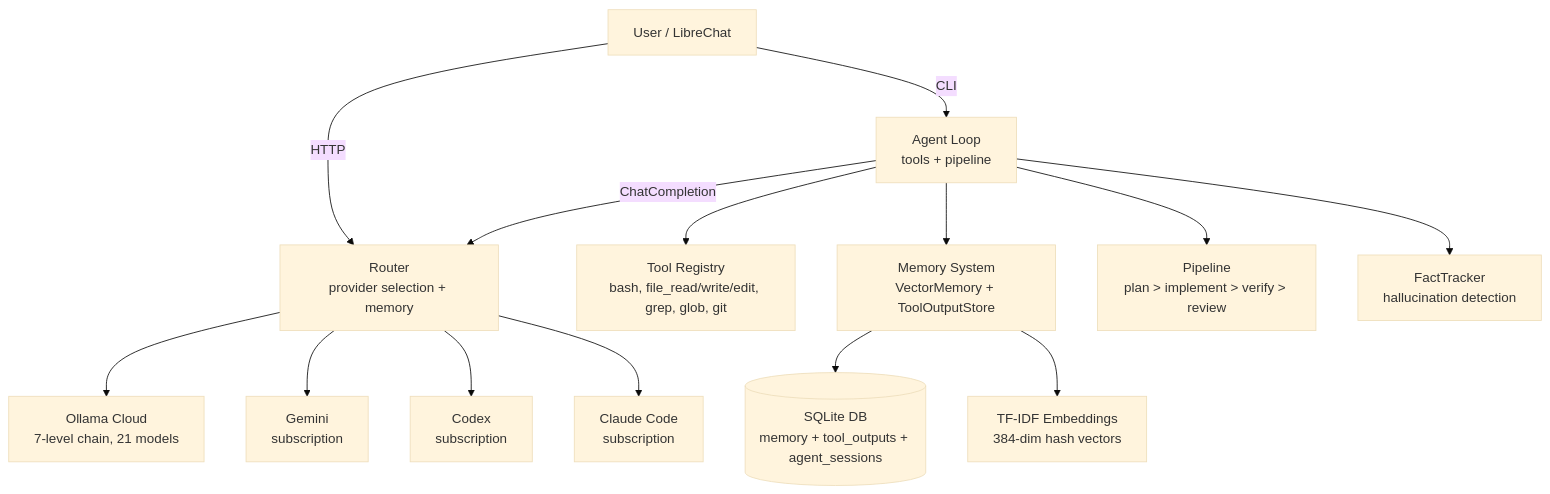
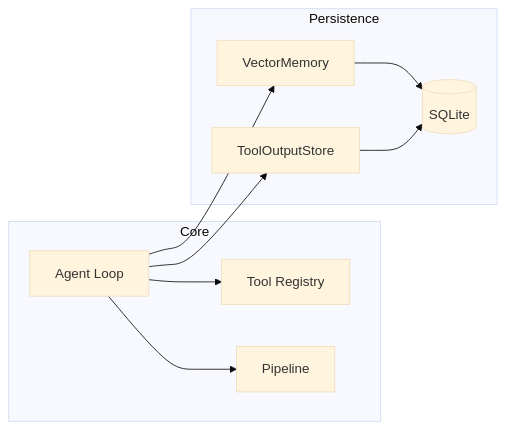
Before and after one commit to gr3enarr0w/synapserouter: the third of 5 diagrams in docs/architecture/Architecture Overview.md, drawn with Mermaid (base theme). The commit also changed other lines of this file and 9 other files, not shown here.

````diff
--- a/docs/architecture/Architecture Overview.md
+++ b/docs/architecture/Architecture Overview.md
@@ -13,19 +54,21 @@
 ```mermaid
-graph TD
-    User[User / LibreChat] -->|HTTP| Router[Router<br>provider selection + memory]
-    User -->|CLI| Agent[Agent Loop<br>tools + pipeline]
+graph LR
+    subgraph Core
+        Agent[Agent Loop]
+        Tools[Tool Registry]
+        Pipeline[Pipeline]
+    end
 
-    Router --> Ollama[Ollama Cloud<br>7-level chain, 21 models]
-    Router --> Gemini[Gemini<br>subscription]
-    Router --> Codex[Codex<br>subscription]
-    Router --> Claude[Claude Code<br>subscription]
+    subgraph Persistence
+        Memory[VectorMemory]
+        ToolStore[ToolOutputStore]
+        DB[(SQLite)]
+    end
 
-    Agent -->|ChatCompletion| Router
-    Agent --> Tools[Tool Registry<br>bash, file_read/write/edit, grep, glob, git]
-    Agent --> Memory[Memory System<br>VectorMemory + ToolOutputStore]
-    Agent --> Pipeline[Pipeline<br>plan > implement > verify > review]
-    Agent --> Facts[FactTracker<br>hallucination detection]
-
-    Memory --> SQLite[(SQLite DB<br>memory + tool_outputs + agent_sessions)]
-    Memory --> Embeddings[TF-IDF Embeddings<br>384-dim hash vectors]
+    Agent --> Tools
+    Agent --> Pipeline
+    Agent --> Memory
+    Agent --> ToolStore
+    Memory --> DB
+    ToolStore --> DB
 ```
````
